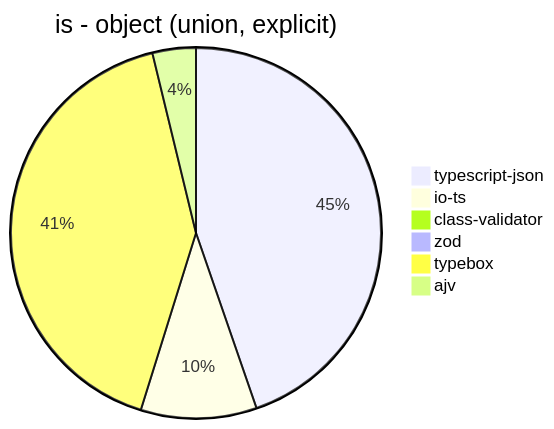
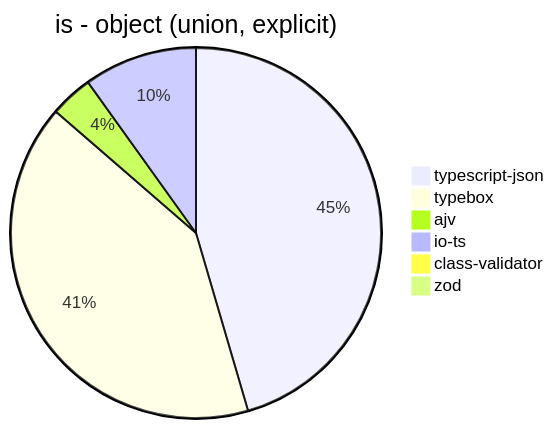
Before and after one commit to samchon/typia: the third of 39 diagrams in benchmark/results/AMD Ryzen 7 5800H with Radeon Graphics.md, drawn with Mermaid. The commit also changed other lines of this file and 7 other files, not shown here.

````diff
--- a/benchmark/results/AMD Ryzen 7 5800H with Radeon Graphics.md
+++ b/benchmark/results/AMD Ryzen 7 5800H with Radeon Graphics.md
@@ -43,9 +43,9 @@
 ```mermaid
 pie title is - object (union, explicit)
-  "typescript-json": 14436.2611383888
-  "io-ts": 3263.529849358378
-  "class-validator": 15.944917557528537
-  "zod": 32.939933063237625
-  "typebox": 13369.222303741746
-  "ajv": 1222.5249772933696
+  "typescript-json": 14598.135964912279
+  "typebox": 13130.628126737076
+  "ajv": 1201.3988522238164
+  "io-ts": 3177.8420386770285
+  "class-validator": 14.922721620181205
+  "zod": 35.546360729734815
 ```
````
